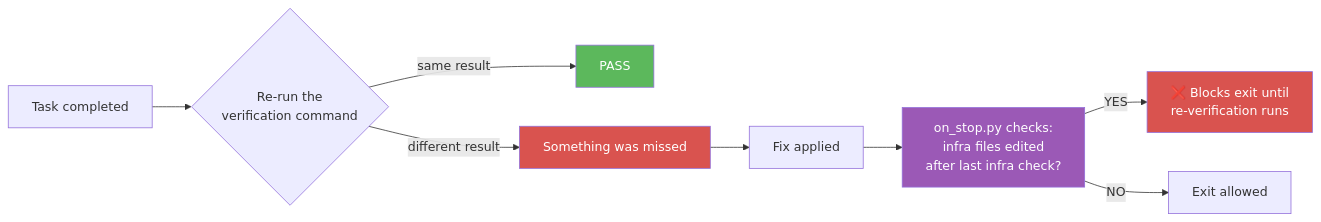
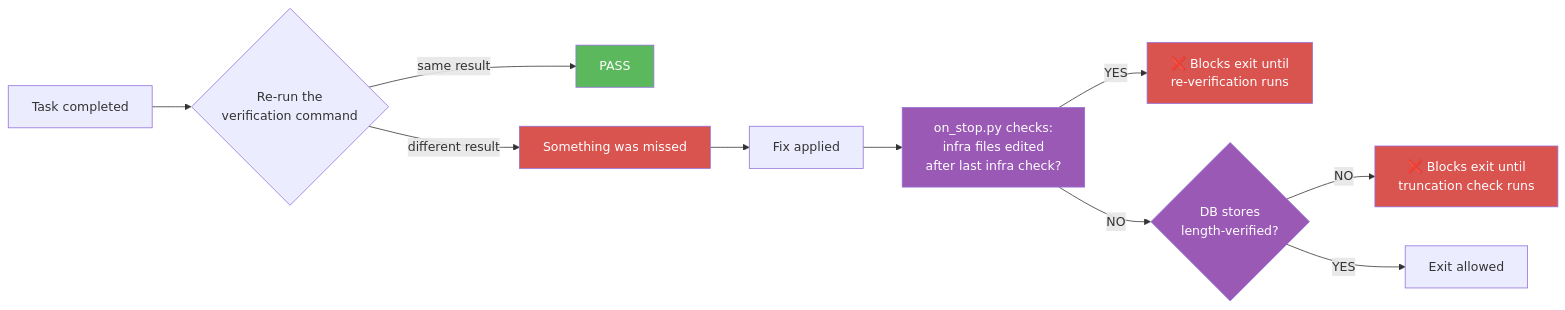
The diagram in docs/reference/self-verification.md (dexmaddy/agentic-ai-tiered-startup), drawn with Mermaid before and after one commit. The commit also changed other lines of this file and 13 other files, not shown here.

````diff
--- a/docs/reference/self-verification.md
+++ b/docs/reference/self-verification.md
@@ -29,15 +29,19 @@
 ```mermaid
 graph LR
     A["Task completed"] --> B{"Re-run the<br/>verification command"}
     B -->|same result| C["PASS"]
     B -->|different result| D["Something was missed"]
     D --> E["Fix applied"]
     E --> F["on_stop.py checks:<br/>infra files edited<br/>after last infra check?"]
     F -->|YES| G["❌ Blocks exit until<br/>re-verification runs"]
-    F -->|NO| H["Exit allowed"]
+    F -->|NO| H{"DB stores<br/>length-verified?"}
+    H -->|NO| I["❌ Blocks exit until<br/>truncation check runs"]
+    H -->|YES| J["Exit allowed"]
 
     style C fill:#5cb85c,color:#fff
     style D fill:#d9534f,color:#fff
     style F fill:#9b59b6,color:#fff
     style G fill:#d9534f,color:#fff
+    style H fill:#9b59b6,color:#fff
+    style I fill:#d9534f,color:#fff
 ```
````
